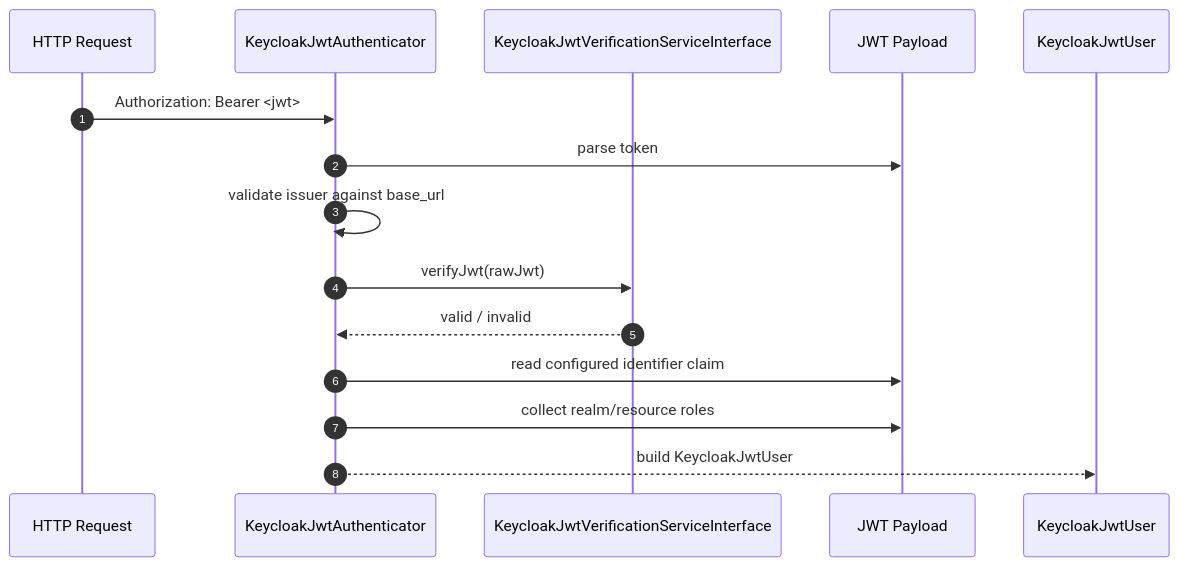
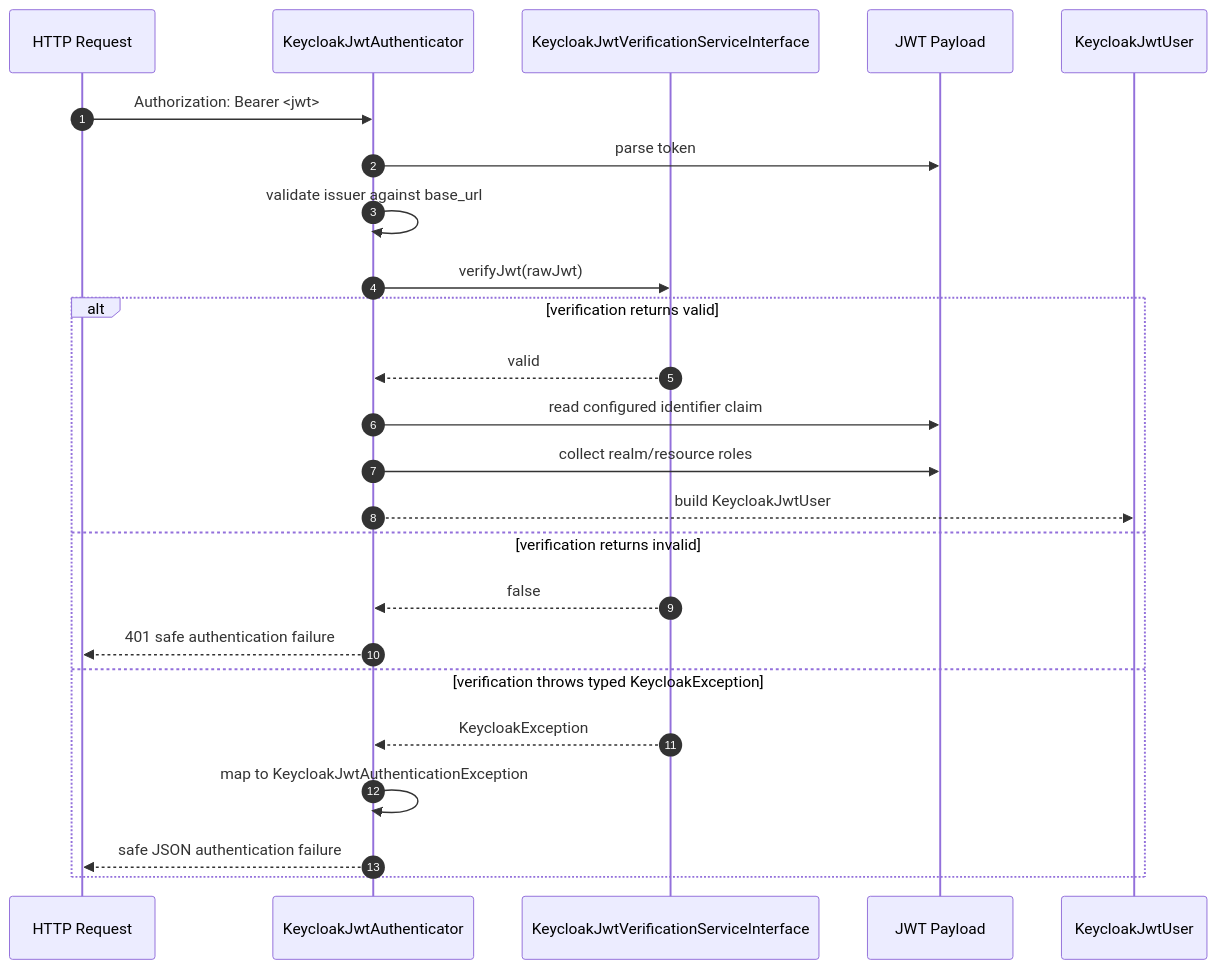
One commit to apacheborys/symfony-keycloak-bundle changed the diagram in docs/security.md. Above: the diagram before and after it, drawn with Mermaid. The commit also changed other lines of this file and 2 other files, not shown here.

````diff
--- a/docs/security.md
+++ b/docs/security.md
@@ -73,18 +77,27 @@
 ```mermaid
 sequenceDiagram
     autonumber
     participant Request as HTTP Request
     participant Auth as KeycloakJwtAuthenticator
     participant Verify as KeycloakJwtVerificationServiceInterface
     participant JWT as JWT Payload
     participant User as KeycloakJwtUser
 
     Request->>Auth: Authorization: Bearer <jwt>
     Auth->>JWT: parse token
     Auth->>Auth: validate issuer against base_url
     Auth->>Verify: verifyJwt(rawJwt)
-    Verify-->>Auth: valid / invalid
-    Auth->>JWT: read configured identifier claim
-    Auth->>JWT: collect realm/resource roles
-    Auth-->>User: build KeycloakJwtUser
+    alt verification returns valid
+        Verify-->>Auth: valid
+        Auth->>JWT: read configured identifier claim
+        Auth->>JWT: collect realm/resource roles
+        Auth-->>User: build KeycloakJwtUser
+    else verification returns invalid
+        Verify-->>Auth: false
+        Auth-->>Request: 401 safe authentication failure
+    else verification throws typed KeycloakException
+        Verify-->>Auth: KeycloakException
+        Auth->>Auth: map to KeycloakJwtAuthenticationException
+        Auth-->>Request: safe JSON authentication failure
+    end
 ```
````
